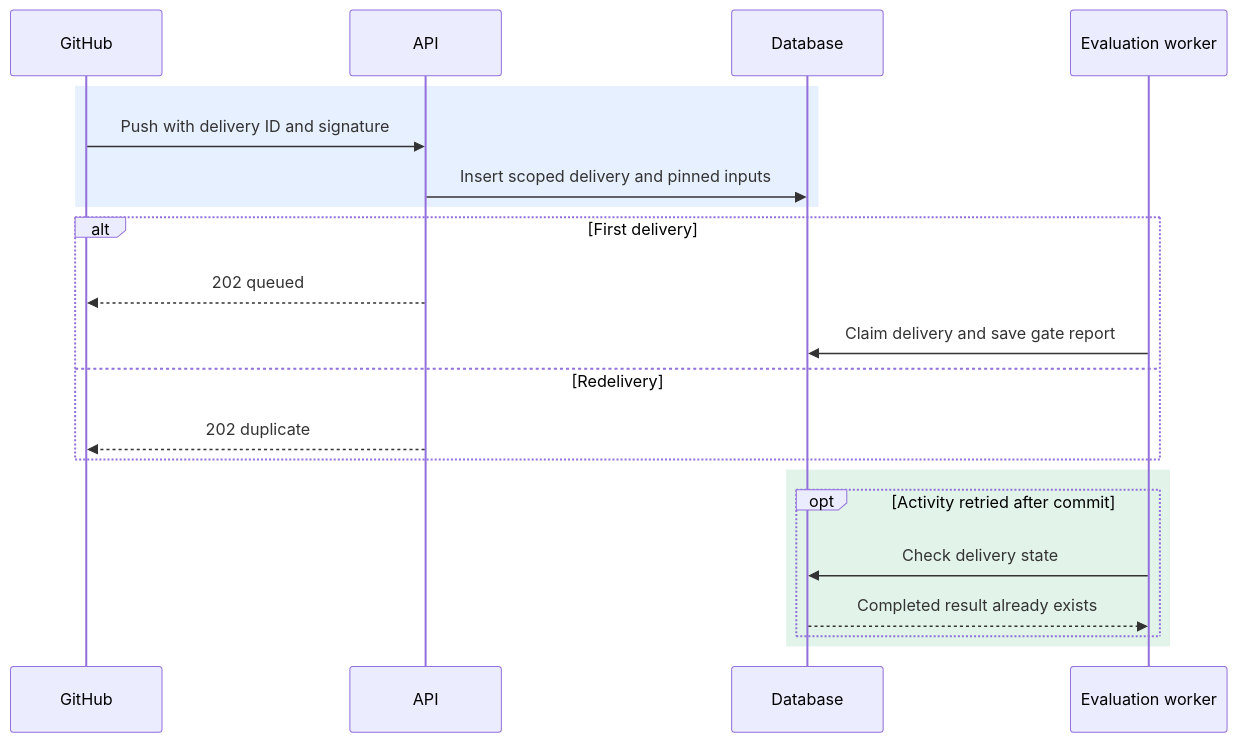
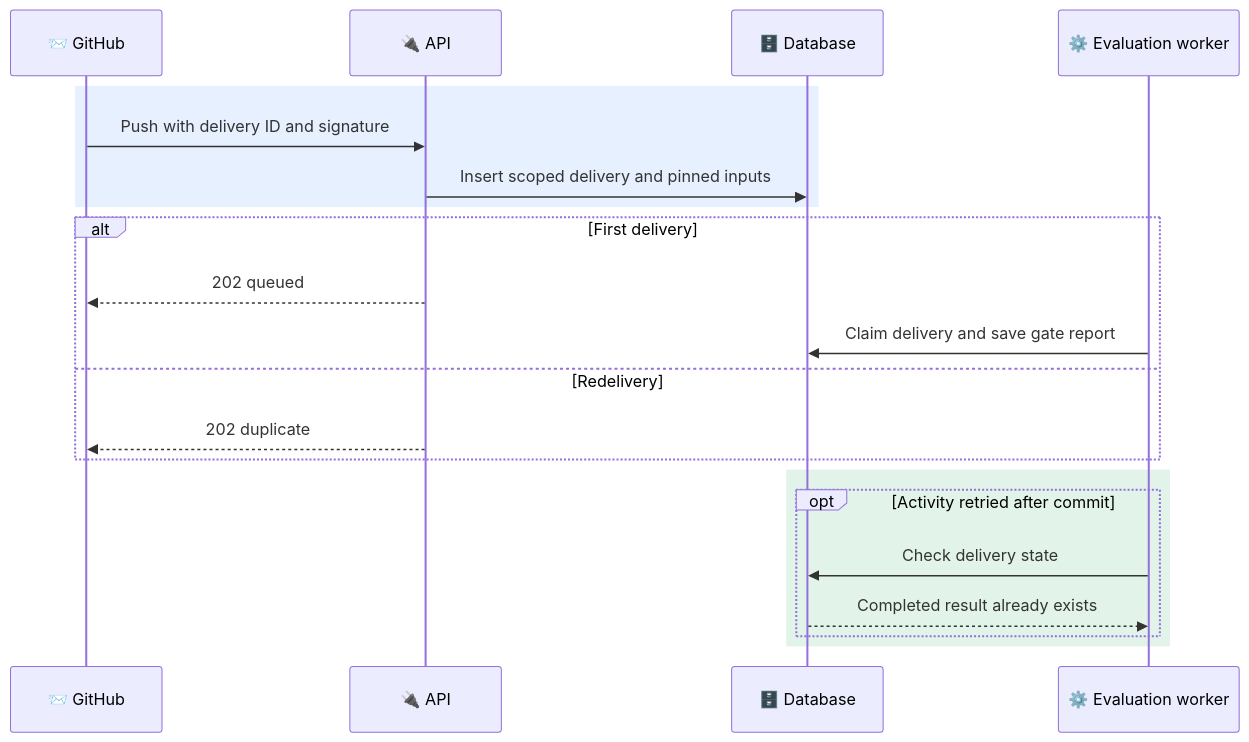
Before and after one commit to sujayv26/release-trace: the second of 2 diagrams in docs/ARCHITECTURE.md, drawn with Mermaid. The commit also changed other lines of this file and 2 other files, not shown here.

Commit message:
docs(architecture): illustrate the system and source map

````diff
--- a/docs/ARCHITECTURE.md
+++ b/docs/ARCHITECTURE.md
@@ -75,25 +133,25 @@
 ```mermaid
 sequenceDiagram
     accTitle: Delivery deduplication and evaluation recovery
     accDescr: The API persists one queued delivery. A worker saves its report. A retried Temporal activity can reuse the committed report.
-    participant G as GitHub
-    participant A as API
-    participant D as Database
-    participant W as Evaluation worker
+    participant G as 📨 GitHub
+    participant A as 🔌 API
+    participant D as 🗄️ Database
+    participant W as ⚙️ Evaluation worker
     rect rgba(59, 130, 246, 0.12)
         G->>A: Push with delivery ID and signature
         A->>D: Insert scoped delivery and pinned inputs
     end
     alt First delivery
         A-->>G: 202 queued
         W->>D: Claim delivery and save gate report
     else Redelivery
         A-->>G: 202 duplicate
     end
     rect rgba(22, 163, 74, 0.12)
         opt Activity retried after commit
             W->>D: Check delivery state
             D-->>W: Completed result already exists
         end
     end
 ```
````
